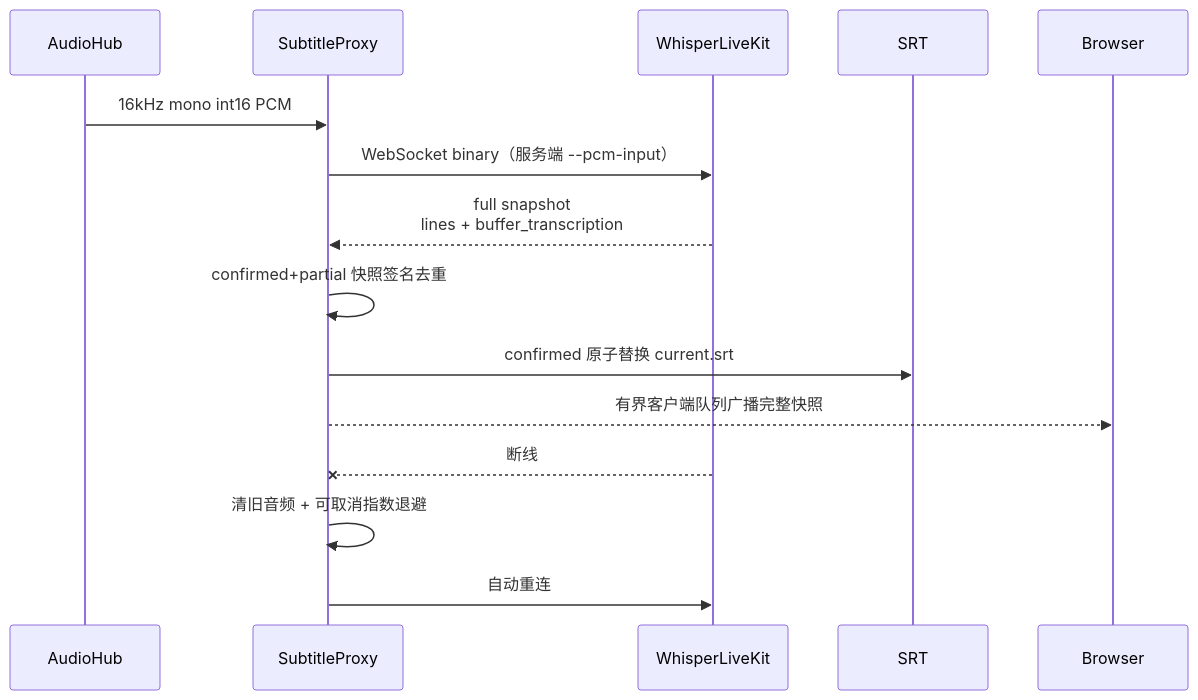
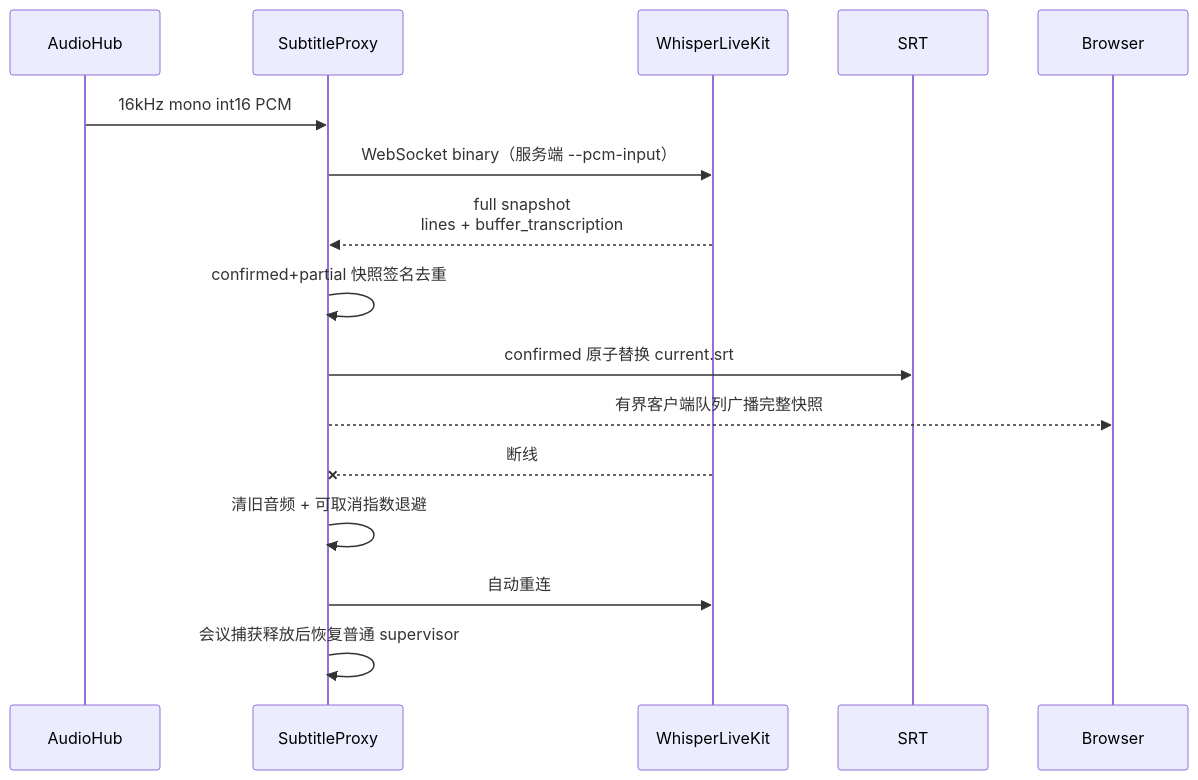
One commit to hrygo/voice-realtime changed the fourth of 6 diagrams in docs/架构图与流程图.md. Above: the diagram before and after it, drawn with Mermaid. The commit also changed other lines of this file and 21 other files, not shown here.

````diff
--- a/docs/架构图与流程图.md
+++ b/docs/架构图与流程图.md
@@ -105,18 +105,19 @@
 ```mermaid
 sequenceDiagram
     participant H as AudioHub
     participant P as SubtitleProxy
     participant W as WhisperLiveKit
     participant S as SRT
     participant B as Browser
 
     H->>P: 16kHz mono int16 PCM
     P->>W: WebSocket binary（服务端 --pcm-input）
     W-->>P: full snapshot<br/>lines + buffer_transcription
     P->>P: confirmed+partial 快照签名去重
     P->>S: confirmed 原子替换 current.srt
     P-->>B: 有界客户端队列广播完整快照
     W--xP: 断线
     P->>P: 清旧音频 + 可取消指数退避
     P->>W: 自动重连
+    P->>P: 会议捕获释放后恢复普通 supervisor
 ```
````
